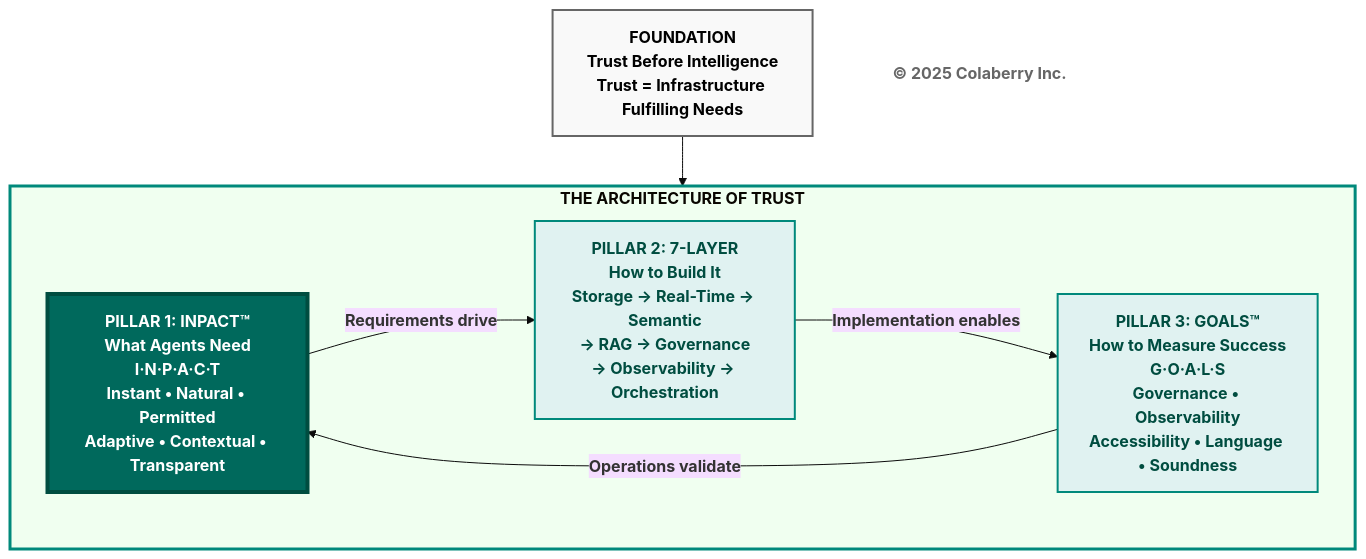
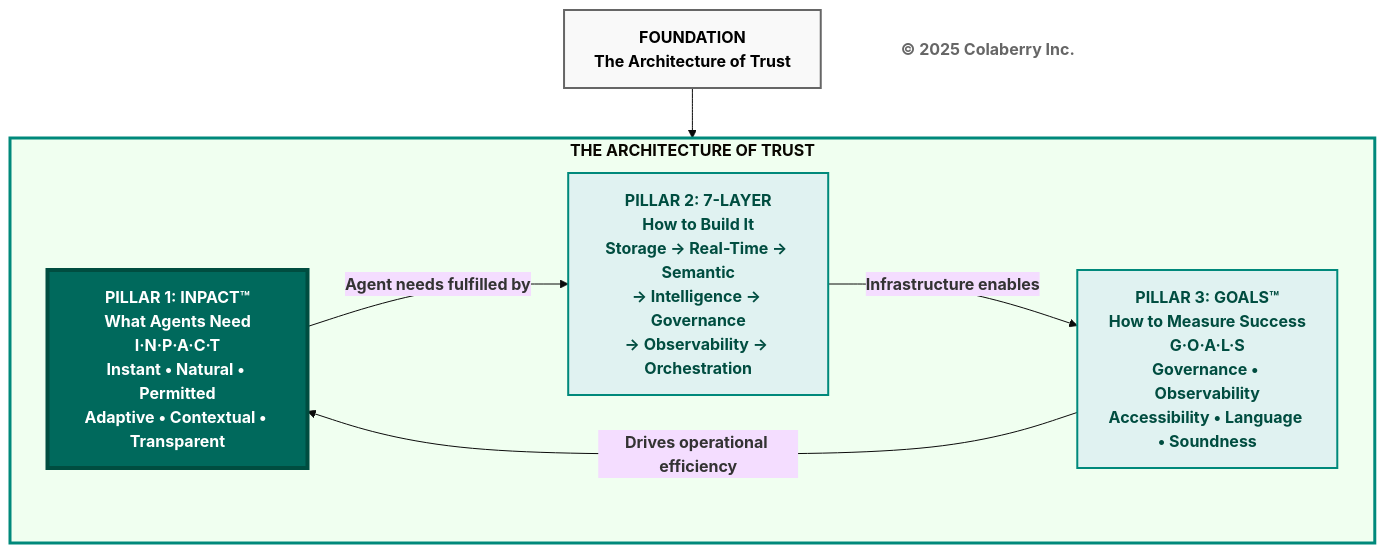
The first of 7 diagrams in manuscript/chapter_2_inpact_framework_v2_0.md (colaberry/trust-before-intelligence-book), drawn with Mermaid (base theme) before and after one commit.

Commit message:
diagrams updated
diagrams updated

````diff
--- a/manuscript/chapter_2_inpact_framework_v2_0.md
+++ b/manuscript/chapter_2_inpact_framework_v2_0.md
@@ -29,27 +29,27 @@
 ```mermaid
 graph TB
     subgraph ARCH["<b>THE ARCHITECTURE OF TRUST</b>"]
         PILLAR1["<b>PILLAR 1: INPACT™</b><br/><b>What Agents Need</b><br/><b>I·N·P·A·C·T</b><br/><b>Instant • Natural • Permitted</b><br/><b>Adaptive • Contextual • Transparent</b>"]
         
-        PILLAR2["<b>PILLAR 2: 7-LAYER</b><br/><b>How to Build It</b><br/><b>Storage → Real-Time → Semantic</b><br/><b>→ RAG → Governance</b><br/><b>→ Observability → Orchestration</b>"]
+        PILLAR2["<b>PILLAR 2: 7-LAYER</b><br/><b>How to Build It</b><br/><b>Storage → Real-Time → Semantic</b><br/><b>→ Intelligence → Governance</b><br/><b>→ Observability → Orchestration</b>"]
         
         PILLAR3["<b>PILLAR 3: GOALS™</b><br/><b>How to Measure Success</b><br/><b>G·O·A·L·S</b><br/><b>Governance • Observability</b><br/><b>Accessibility • Language • Soundness</b>"]
         
-        PILLAR1 -->|<b>Requirements drive</b>| PILLAR2
-        PILLAR2 -->|<b>Implementation enables</b>| PILLAR3
-        PILLAR3 -->|<b>Operations validate</b>| PILLAR1
+        PILLAR1 -->|<b>Agent needs fulfilled by</b>| PILLAR2
+        PILLAR2 -->|<b>Infrastructure enables</b>| PILLAR3
+        PILLAR3 -->|<b>Drives operational efficiency</b>| PILLAR1
     end
     
-    FOUNDATION["<b>FOUNDATION</b><br/><b>Trust Before Intelligence</b><br/><b>Trust = Infrastructure Fulfilling Needs</b>"]
+    FOUNDATION["<b>FOUNDATION</b><br/><b>The Architecture of Trust</b>"]
     
     FOUNDATION --> ARCH
     
     style ARCH fill:#f0fff0,stroke:#00897b,stroke-width:3px
     style PILLAR1 fill:#00695c,color:#ffffff,stroke:#004d40,stroke-width:4px
     style PILLAR2 fill:#e0f2f1,stroke:#00897b,stroke-width:2px,color:#004d40
     style PILLAR3 fill:#e0f2f1,stroke:#00897b,stroke-width:2px,color:#004d40
     style FOUNDATION fill:#f9f9f9,stroke:#666666,stroke-width:2px,color:#000000
     
     Copyright["<b>© 2025 Colaberry Inc.</b>"]
     style Copyright fill:#ffffff,stroke:none,color:#666666
 ```
````
